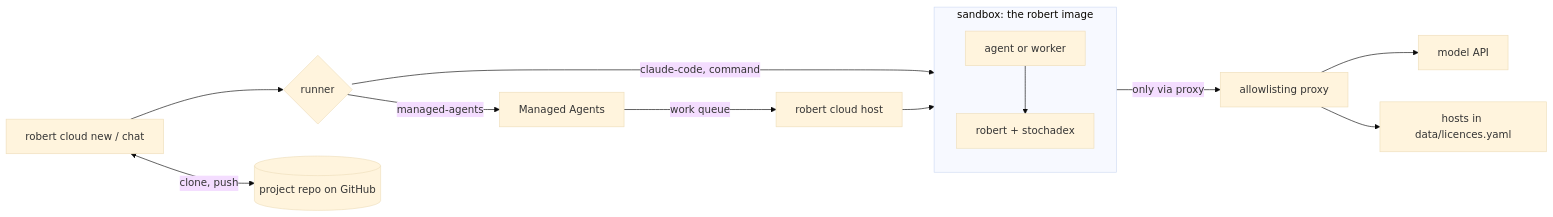
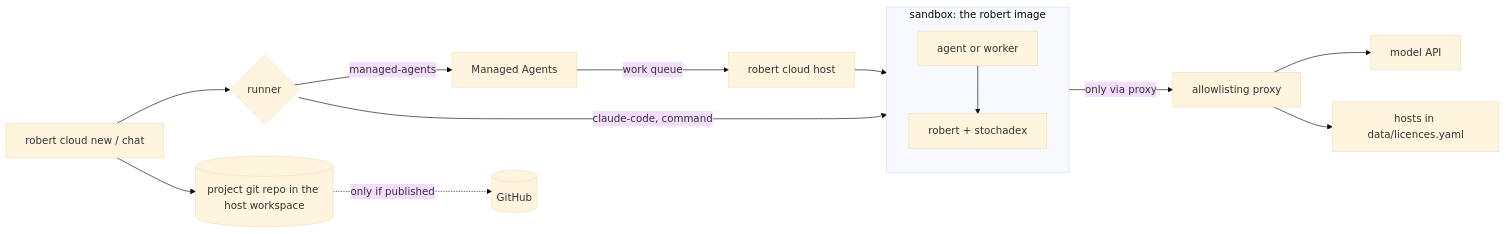
The diagram in cloud/README.md (umbralcalc/robert), drawn with Mermaid (base theme) before and after one commit. The commit also changed other lines of this file and 11 other files, not shown here.

First line of the commit message:
Keep cloud projects as local git repos unless published (#10)

````diff
--- a/cloud/README.md
+++ b/cloud/README.md
@@ -9,14 +9,15 @@
 ```mermaid
 flowchart LR
   you[robert cloud new / chat] --> runner{runner}
   runner -->|managed-agents| ma[Managed Agents] -->|work queue| host[robert cloud host]
   runner -->|claude-code, command| box
   host --> box
   subgraph box[sandbox: the robert image]
     agent[agent or worker] --> cli[robert + stochadex]
   end
   box -->|only via proxy| egress[allowlisting proxy]
   egress --> api[model API]
   egress --> data[hosts in data/licences.yaml]
-  you <-->|clone, push| gh[(project repo on GitHub)]
+  you --> ws[(project git repo in the host workspace)]
+  ws -.->|only if published| gh[(GitHub)]
 ```
````
